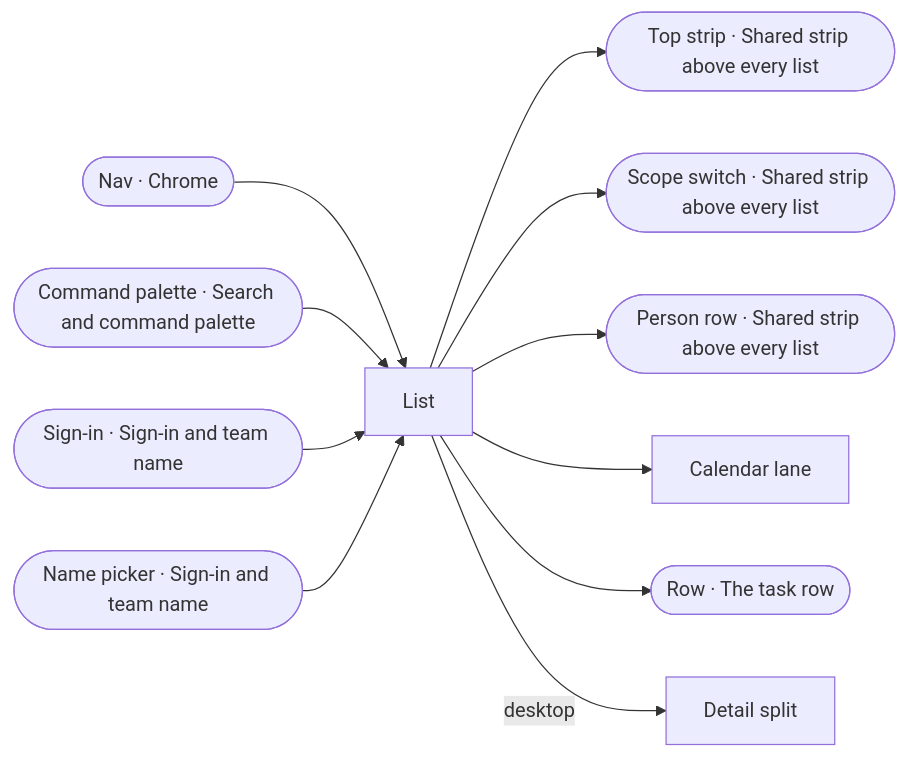
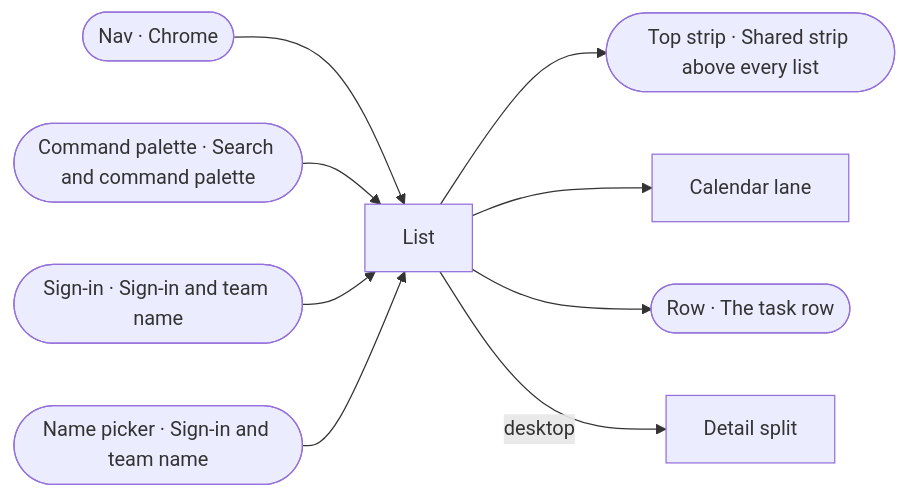
The second of 12 diagrams in docs/ux-surface-map.md (ferraroroberto/task-os), drawn with Mermaid before and after one commit. The commit also changed other lines of this file and 125 other files, not shown here.

````diff
--- a/docs/ux-surface-map.md
+++ b/docs/ux-surface-map.md
@@ -188,24 +188,20 @@
 ```mermaid
 flowchart LR
   s6["List"]
   s7["Detail split"]
   s8["Calendar lane"]
   s1(["Nav · Chrome"])
-  s15(["Top strip · Shared strip above every list"])
-  s17(["Scope switch · Shared strip above every list"])
-  s18(["Person row · Shared strip above every list"])
-  s22(["Row · The task row"])
-  s50(["Command palette · Search and command palette"])
-  s73(["Sign-in · Sign-in and team name"])
-  s74(["Name picker · Sign-in and team name"])
+  s14(["Top strip · Shared strip above every list"])
+  s21(["Row · The task row"])
+  s49(["Command palette · Search and command palette"])
+  s72(["Sign-in · Sign-in and team name"])
+  s73(["Name picker · Sign-in and team name"])
   s1 --> s6
-  s6 --> s15
-  s6 --> s17
-  s6 --> s18
+  s6 --> s14
   s6 --> s8
-  s6 --> s22
+  s6 --> s21
   s6 -->|"desktop"| s7
-  s50 --> s6
+  s49 --> s6
+  s72 --> s6
   s73 --> s6
-  s74 --> s6
 ```
````
